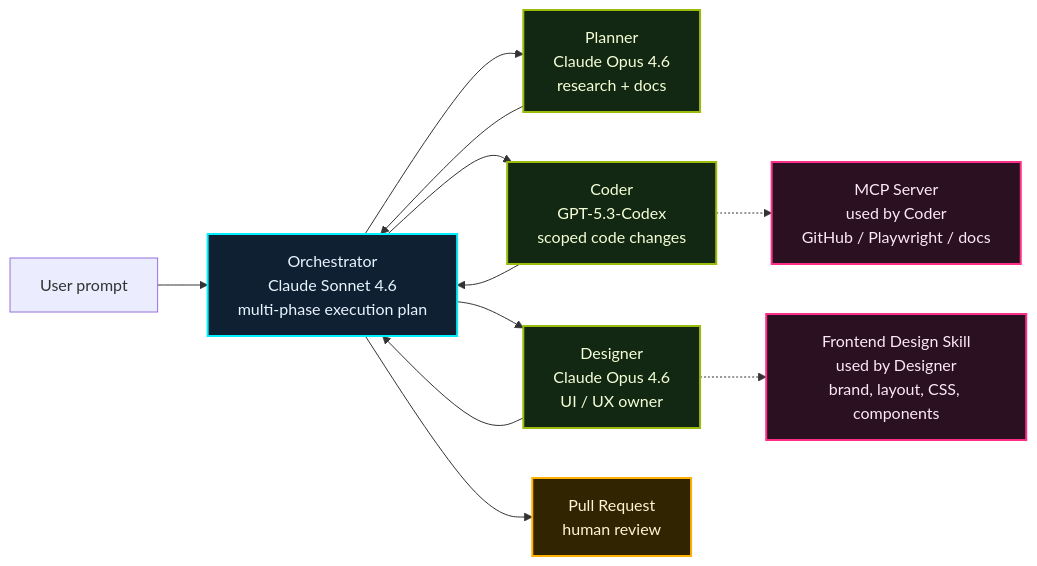
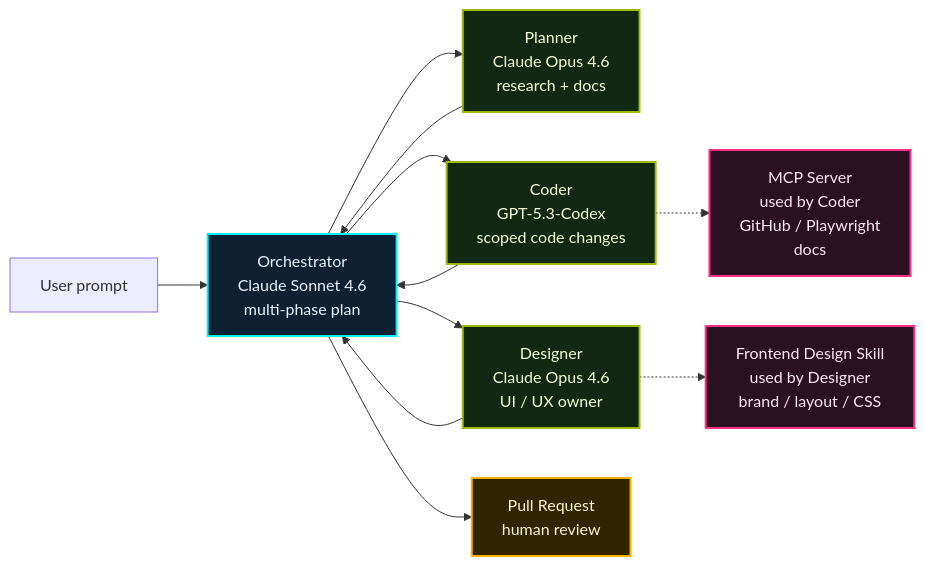
Before and after one commit to theomonfort/theomonfort: the diagram in src/content/glossary/harness-engineering.md, drawn with Mermaid.

Commit message:
Shorten Ultralight diagram labels

````diff
--- a/src/content/glossary/harness-engineering.md
+++ b/src/content/glossary/harness-engineering.md
@@ -95,25 +95,25 @@
 ```mermaid
 flowchart LR
-  User[User prompt] --> O[Orchestrator<br/>Claude Sonnet 4.6<br/>multi-phase execution plan]
+  User[User prompt] --> O[Orchestrator<br/>Claude Sonnet 4.6<br/>multi-phase plan]
 
   O --> P[Planner<br/>Claude Opus 4.6<br/>research + docs]
   O --> C[Coder<br/>GPT-5.3-Codex<br/>scoped code changes]
   O --> D[Designer<br/>Claude Opus 4.6<br/>UI / UX owner]
 
-  D -.-> S[Frontend Design Skill<br/>used by Designer<br/>brand, layout, CSS, components]
-  C -.-> M[MCP Server<br/>used by Coder<br/>GitHub / Playwright / docs]
+  D -.-> S[Frontend Design Skill<br/>used by Designer<br/>brand / layout / CSS]
+  C -.-> M[MCP Server<br/>used by Coder<br/>GitHub / Playwright<br/>docs]
 
   P --> O
   C --> O
   D --> O
   O --> R[Pull Request<br/>human review]
 
   classDef host fill:#102033,stroke:#00f0ff,color:#e8f4ff,stroke-width:2px;
   classDef agent fill:#132812,stroke:#9bbc0f,color:#f4ffd8,stroke-width:2px;
   classDef harness fill:#2a1020,stroke:#ff2e88,color:#ffe8f4,stroke-width:2px;
   classDef ship fill:#302500,stroke:#ffb000,color:#fff4d6,stroke-width:2px;
   class O host;
   class P,C,D agent;
   class S,M harness;
   class R ship;
 ```
````
